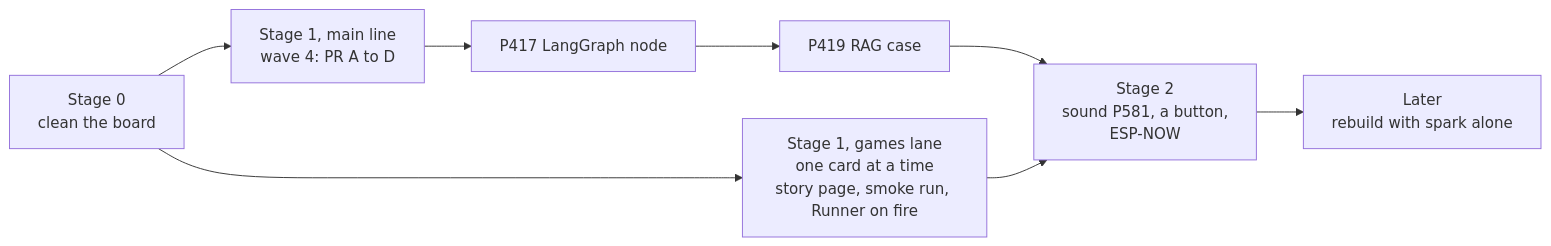
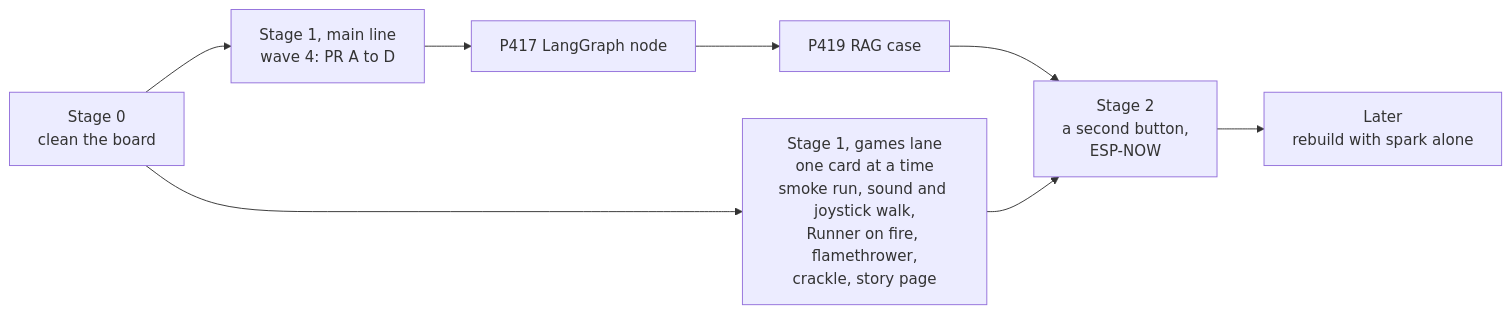
One commit to xmejkal/spark changed the diagram in docs/discovery/2026-11-06-p653-showcase-order/README.md. Above: the diagram before and after it, drawn with Mermaid. The commit also changed other lines of this file and 1 other file, not shown here.

First line of the commit message:
P653: the answers review's fixes (one source for the lane, one free amplifier and speaker)

````diff
--- a/docs/discovery/2026-11-06-p653-showcase-order/README.md
+++ b/docs/discovery/2026-11-06-p653-showcase-order/README.md
@@ -89,10 +94,10 @@
 ```mermaid
 flowchart LR
   S0["Stage 0<br/>clean the board"] --> M1["Stage 1, main line<br/>wave 4: PR A to D"]
   M1 --> M2["P417 LangGraph node"]
   M2 --> M3["P419 RAG case"]
-  S0 --> G["Stage 1, games lane<br/>one card at a time<br/>story page, smoke run, Runner on fire"]
-  M3 --> S2["Stage 2<br/>sound P581, a button,<br/>ESP-NOW"]
+  S0 --> G["Stage 1, games lane<br/>one card at a time<br/>smoke run, sound and joystick walk,<br/>Runner on fire, flamethrower,<br/>crackle, story page"]
+  M3 --> S2["Stage 2<br/>a second button,<br/>ESP-NOW"]
   G --> S2
   S2 --> L["Later<br/>rebuild with spark alone"]
 ```
````
